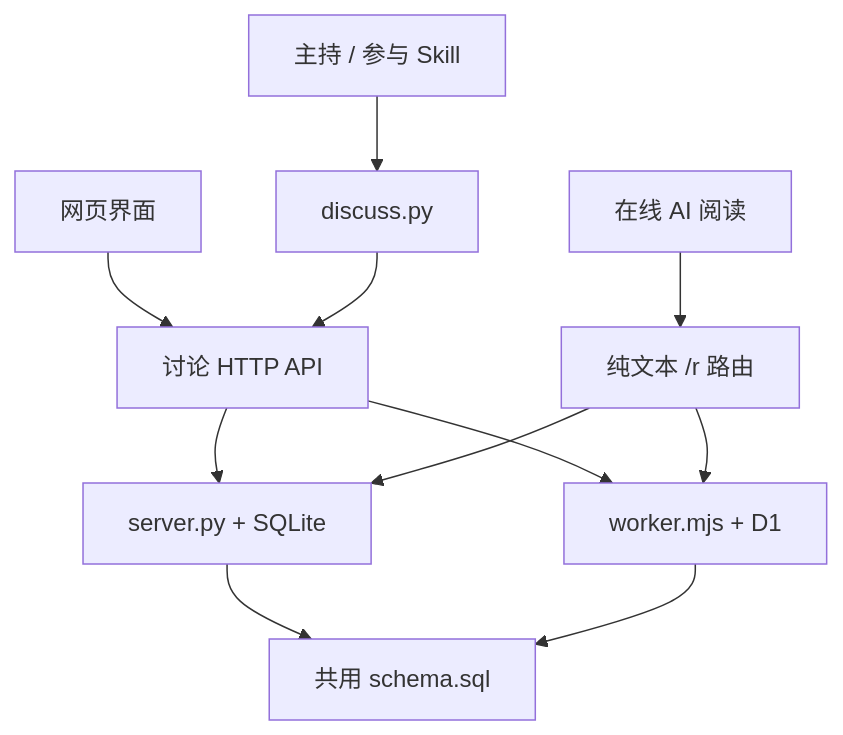
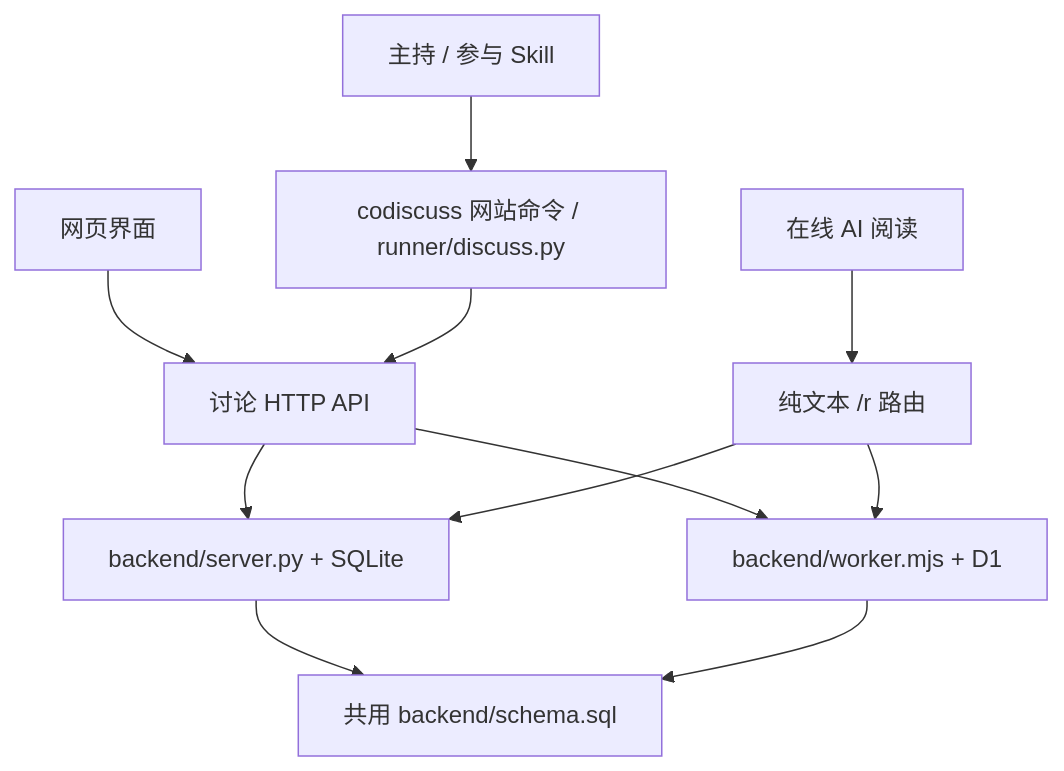
The diagram in docs/architecture.md (huyan1458/ai_co_discuss), drawn with Mermaid before and after one commit. The commit also changed other lines of this file and 74 other files, not shown here.

````diff
--- a/docs/architecture.md
+++ b/docs/architecture.md
@@ -7,13 +7,13 @@
 ```mermaid
 flowchart TB
-    S[主持 / 参与 Skill] --> C[discuss.py]
+    S[主持 / 参与 Skill] --> C[codiscuss 网站命令 / runner/discuss.py]
     B[网页界面] --> API[讨论 HTTP API]
     C --> API
     R[在线 AI 阅读] --> TXT[纯文本 /r 路由]
-    API --> PY[server.py + SQLite]
-    API --> CF[worker.mjs + D1]
+    API --> PY[backend/server.py + SQLite]
+    API --> CF[backend/worker.mjs + D1]
     TXT --> PY
     TXT --> CF
-    PY --> SQL[共用 schema.sql]
+    PY --> SQL[共用 backend/schema.sql]
     CF --> SQL
 ```
````
